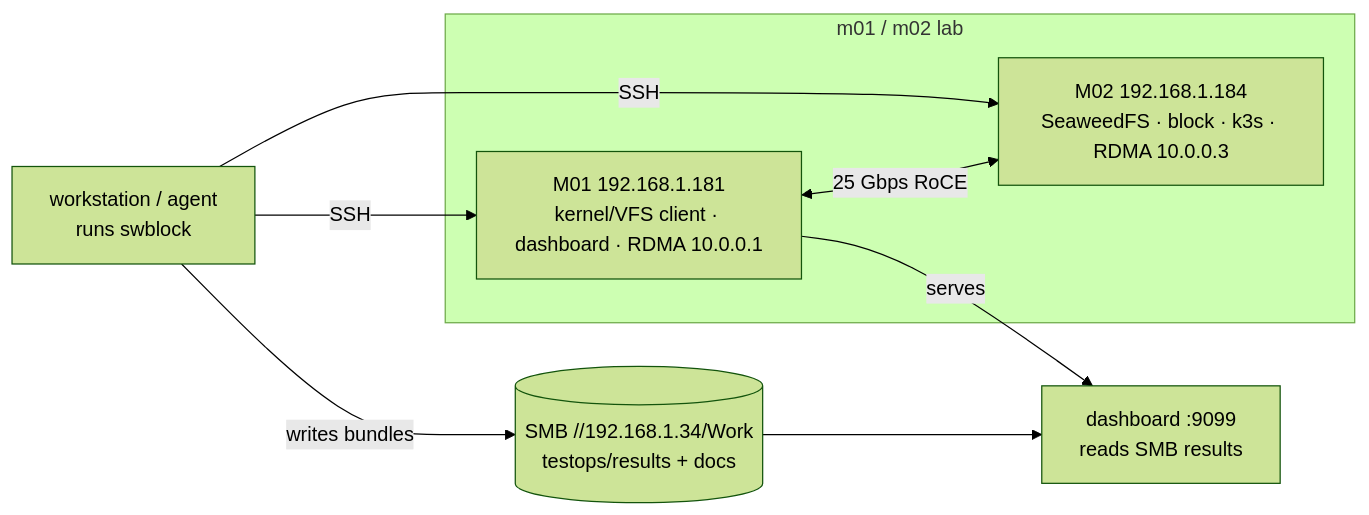
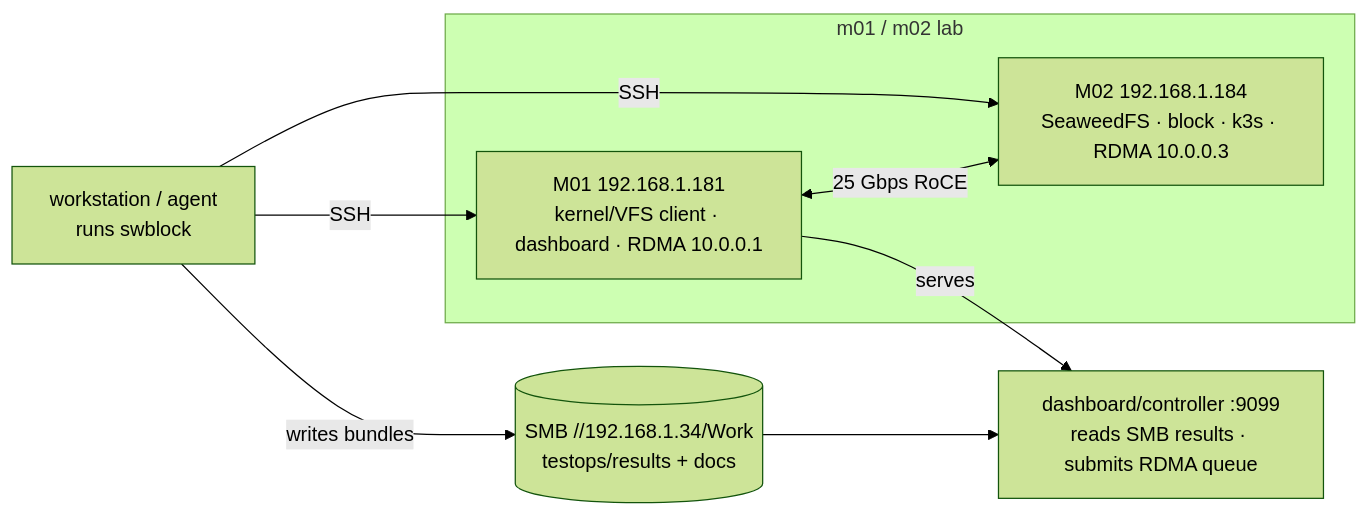
The diagram in docs/wiki/deploy.md (pingqiu/sw-test-runner), drawn with Mermaid (forest theme) before and after one commit. The commit also changed other lines of this file and 6 other files, not shown here.

Commit message:
testops: merge controller panel into dashboard

````diff
--- a/docs/wiki/deploy.md
+++ b/docs/wiki/deploy.md
@@ -19,13 +19,13 @@
 ```mermaid
 flowchart LR
   WS["workstation / agent<br/>runs swblock"] -- SSH --> M01
   WS -- SSH --> M02
   subgraph LAB["m01 / m02 lab"]
     M01["M01 192.168.1.181<br/>kernel/VFS client · dashboard · RDMA 10.0.0.1"]
     M02["M02 192.168.1.184<br/>SeaweedFS · block · k3s · RDMA 10.0.0.3"]
     M01 <-- "25 Gbps RoCE" --> M02
   end
   WS -- writes bundles --> SMB[("SMB //192.168.1.34/Work<br/>testops/results + docs")]
-  M01 -- serves --> DASH["dashboard :9099<br/>reads SMB results"]
+  M01 -- serves --> DASH["dashboard/controller :9099<br/>reads SMB results · submits RDMA queue"]
   SMB --> DASH
 ```
````
